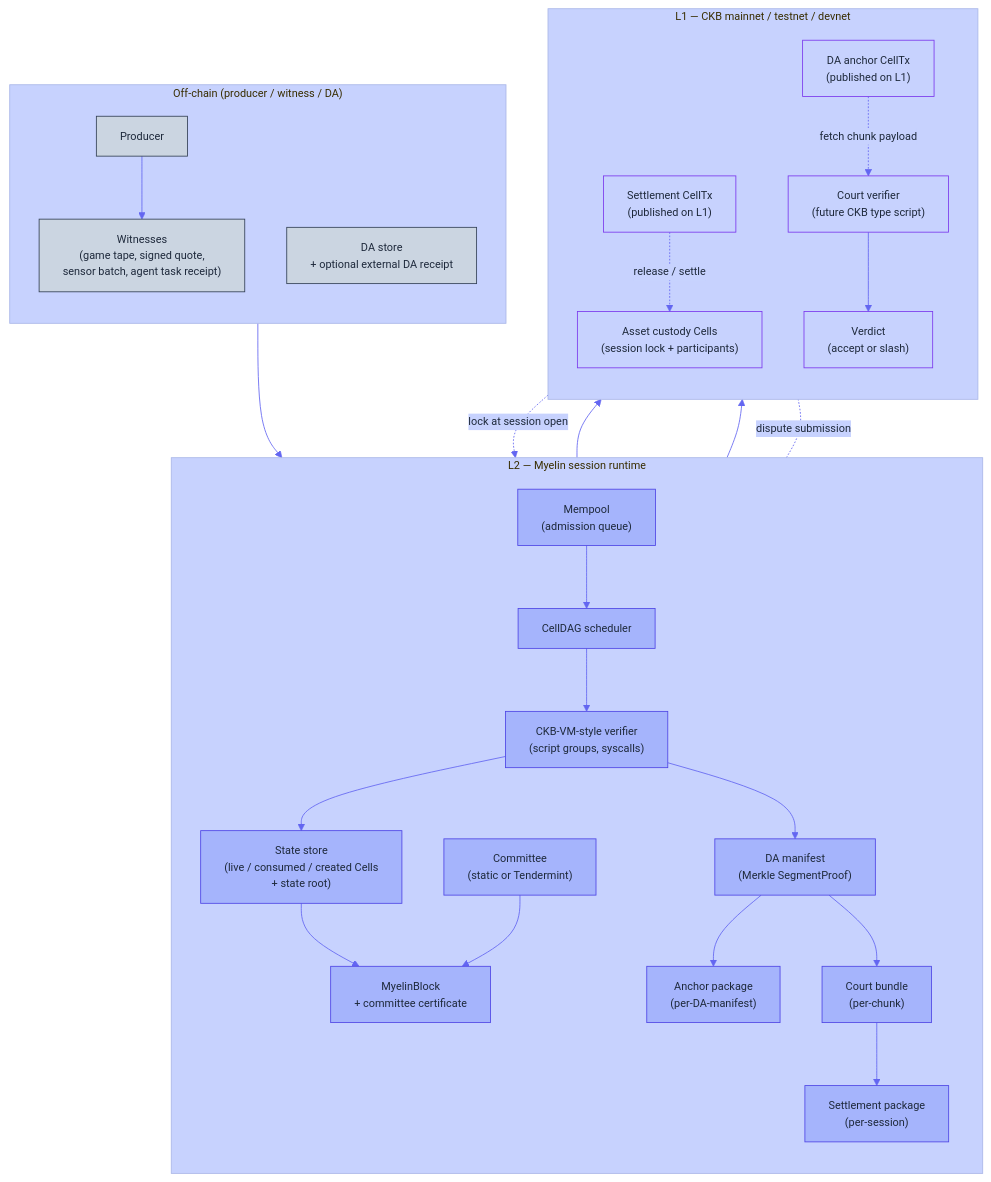
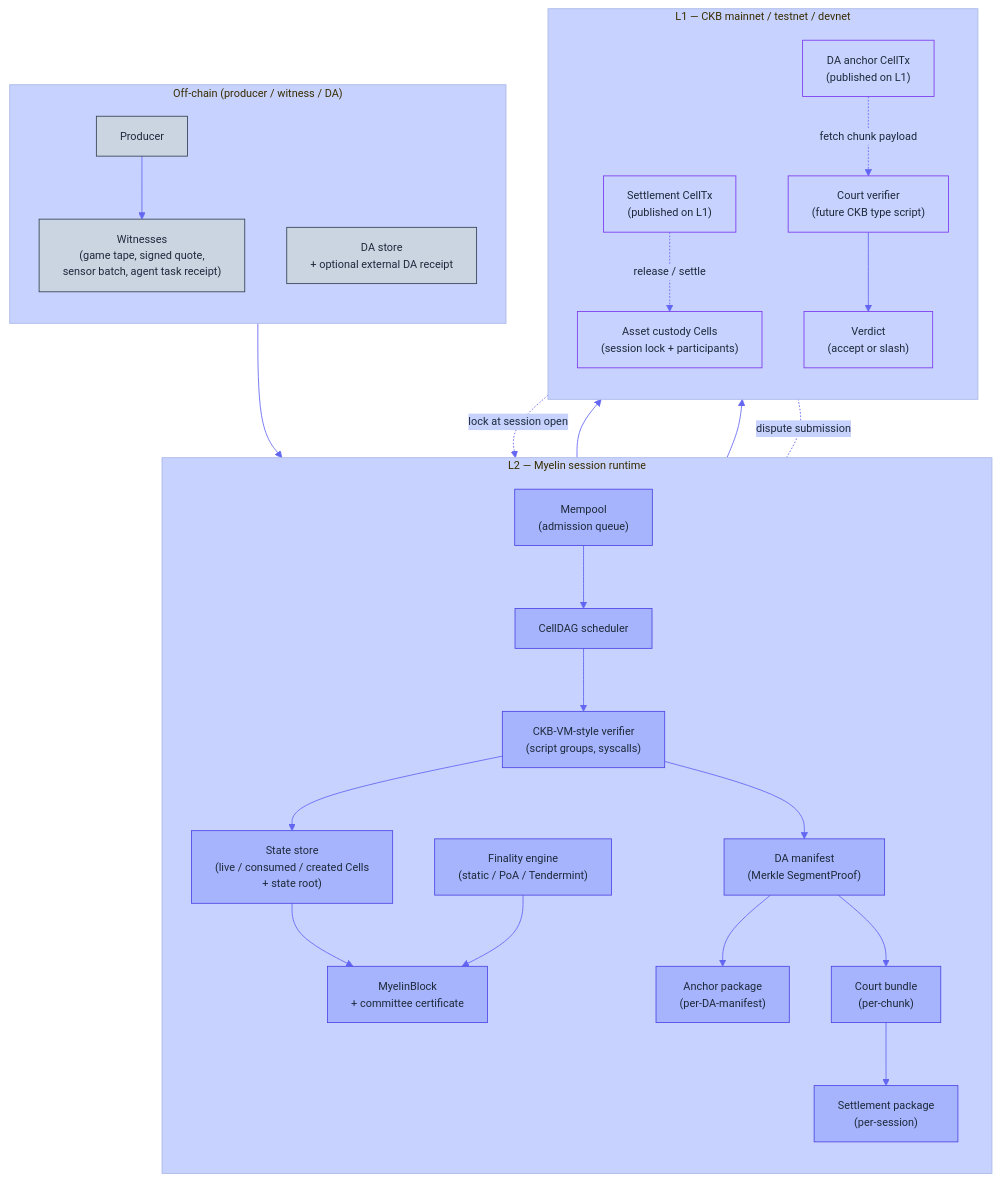
One commit to Myelin-Labs/Myelin changed the first of 2 diagrams in docs/interactions/l1-l2-offchain.md. Above: the diagram before and after it, drawn with Mermaid. The commit also changed 19 other files, not shown here.

````diff
--- a/docs/interactions/l1-l2-offchain.md
+++ b/docs/interactions/l1-l2-offchain.md
@@ -10,69 +10,69 @@
 ```mermaid
 %%{init: {
   "theme": "base",
   "themeVariables": {
     "primaryColor": "#A5B4FC",
     "primaryTextColor": "#1E293B",
     "primaryBorderColor": "#4F46E5",
     "lineColor": "#6366F1",
     "secondaryColor": "#C7D2FE",
     "tertiaryColor": "#C7D2FE",
     "fontFamily": "Inter, system-ui, sans-serif",
     "fontSize": "13px"
   },
   "flowchart": { "curve": "basis", "padding": 14 }
 }}%%
 flowchart TB
     subgraph OFF["Off-chain (producer / witness / DA)"]
         direction TB
         PR["Producer"]:::off
         WT["Witnesses<br/>(game tape, signed quote,<br/>sensor batch, agent task receipt)"]:::off
         DA["DA store<br/>+ optional external DA receipt"]:::off
     end
 
     subgraph L2["L2 — Myelin session runtime"]
         direction TB
         MP["Mempool<br/>(admission queue)"]:::l2
         SC["CellDAG scheduler"]:::l2
         EX["CKB-VM-style verifier<br/>(script groups, syscalls)"]:::l2
         ST["State store<br/>(live / consumed / created Cells<br/>+ state root)"]:::l2
         DM["DA manifest<br/>(Merkle SegmentProof)"]:::l2
-        CO["Committee<br/>(static or Tendermint)"]:::l2
+        CO["Finality engine<br/>(static / PoA / Tendermint)"]:::l2
         BL["MyelinBlock<br/>+ committee certificate"]:::l2
         CB["Court bundle<br/>(per-chunk)"]:::l2
         SP["Settlement package<br/>(per-session)"]:::l2
         AP["Anchor package<br/>(per-DA-manifest)"]:::l2
     end
 
     subgraph L1["L1 — CKB mainnet / testnet / devnet"]
         direction TB
         CU["Asset custody Cells<br/>(session lock + participants)"]:::l1
         DA_L1["DA anchor CellTx<br/>(published on L1)"]:::l1
         ST_L1["Settlement CellTx<br/>(published on L1)"]:::l1
         CV["Court verifier<br/>(future CKB type script)"]:::l1
         VERDICT["Verdict<br/>(accept or slash)"]:::l1
     end
 
     %% Off-chain to L2
     PR --> WT --> MP
     MP --> SC --> EX --> ST
     ST --> BL
     CO --> BL
     EX --> DM
     DM --> AP
     AP --> DA_L1
     DM --> CB
     CB --> SP
     SP --> ST_L1
 
     %% L2 to L1 (custody + dispute)
     CU -. lock at session open .-> MP
     ST_L1 -. release / settle .-> CU
     DA_L1 -. fetch chunk payload .-> CV
     CB  -. dispute submission .- CV
     CV --> VERDICT
 
     classDef off fill:#CBD5E1,stroke:#334155,color:#1E293B;
     classDef l2  fill:#A5B4FC,stroke:#4F46E5,color:#1E293B;
     classDef l1  fill:#C7D2FE,stroke:#7C3AED,color:#1E293B;
 ```
````
